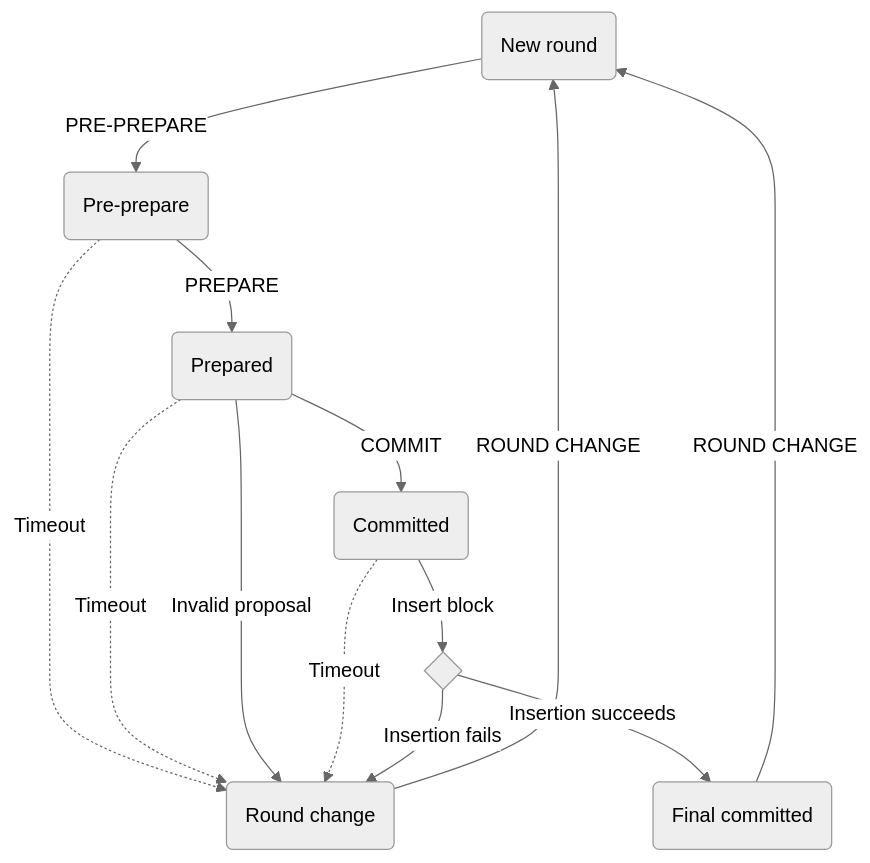
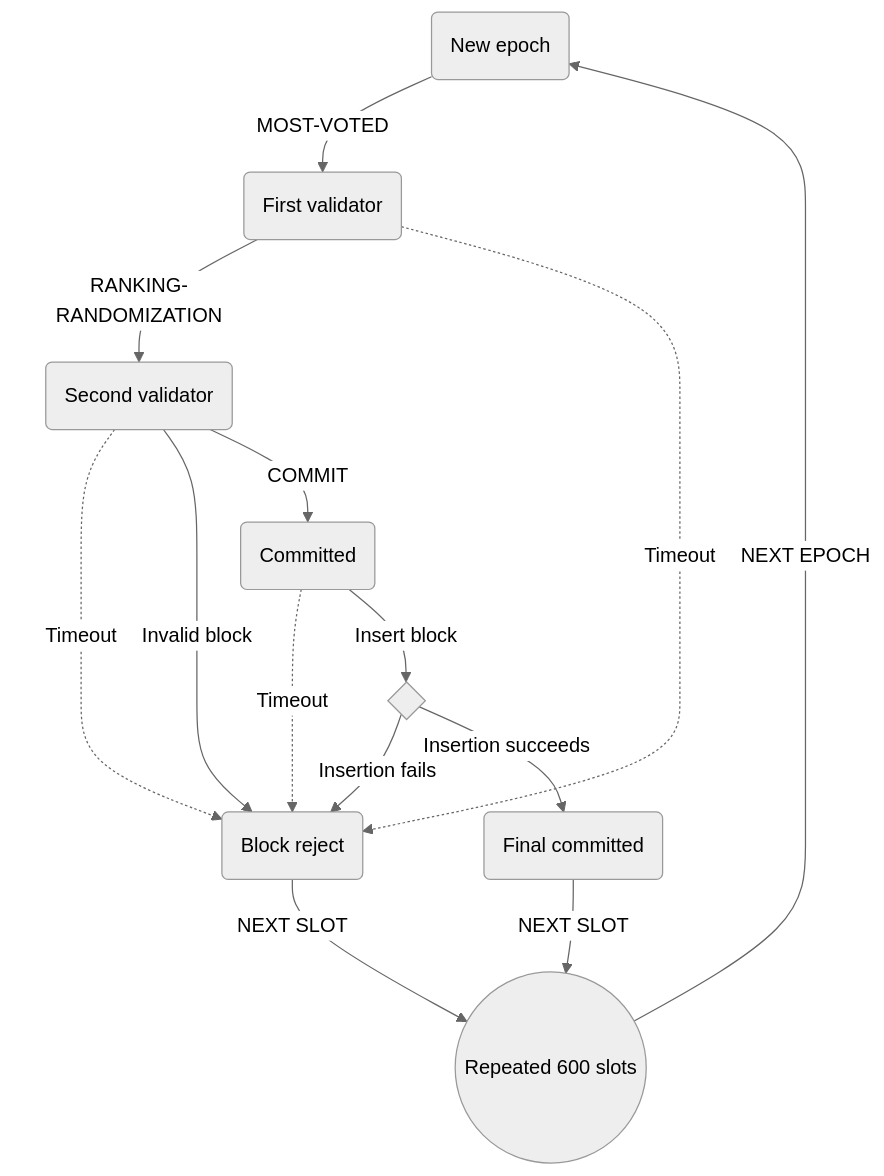
One commit to novaprotocolio/documentation changed the first of 2 diagrams in consensus.md. Above: the diagram before and after it, drawn with Mermaid (neutral theme). The commit also changed other lines of this file and 4 other files, not shown here.

````diff
--- a/consensus.md
+++ b/consensus.md
@@ -3,16 +3,18 @@
 ```mermaid
 graph TB
-    A(New round) -->|PRE-PREPARE| B(Pre-prepare)
-    B --> |PREPARE| C(Prepared)
-    B -.-> |Timeout| C1(Round change)
+    A(New epoch) -->|MOST-VOTED| B(First validator)
+    B --> |RANKING-RANDOMIZATION| C(Second validator)
+    B -.-> |Timeout| C1(Block reject)
     C -.-> |Timeout| C1
-    C --> |Invalid proposal| C1
+    C --> |Invalid block| C1
     C --> |COMMIT| D(Committed)
     D -.-> |Timeout| C1
     D --> |Insert block| I{ }
     I --> |Insertion fails| C1
     I --> |Insertion succeeds| E(Final committed)
-    E --> |ROUND CHANGE| A
-    C1 --> |ROUND CHANGE| A
+    E --> |NEXT SLOT| R((Repeated 600 slots))
+    C1 --> |NEXT SLOT| R
+    R --> |NEXT EPOCH| A
+
     class A,E roundedClass
 ```
````
